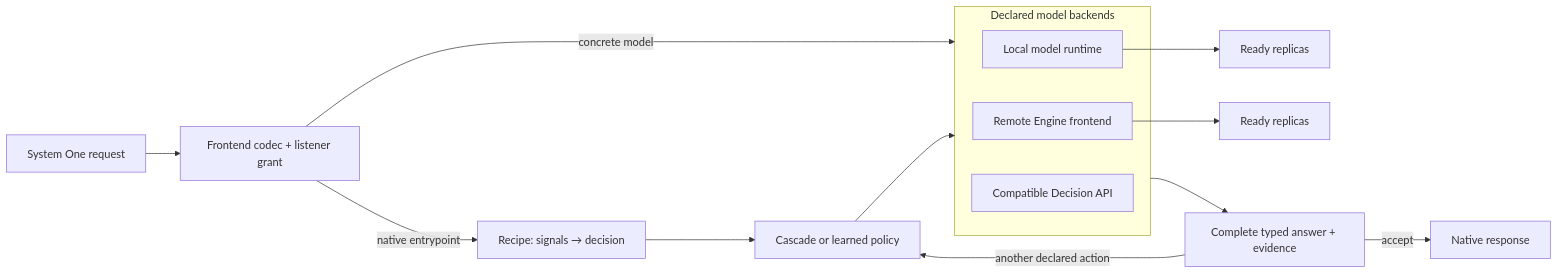
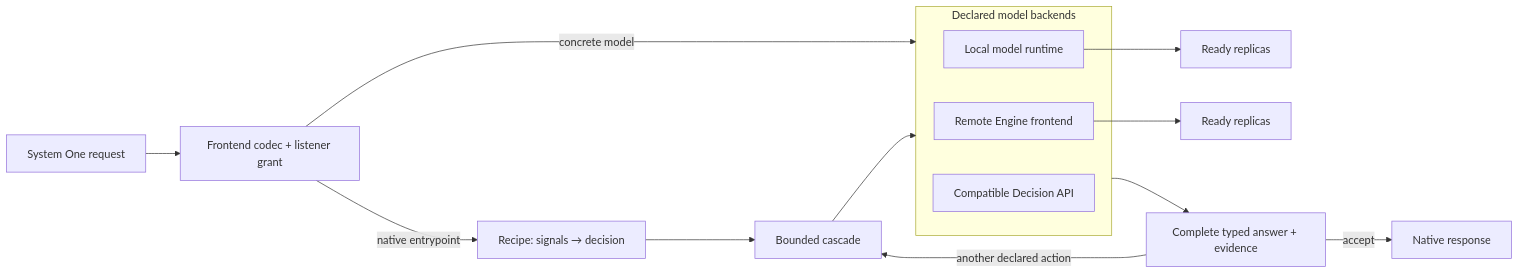
Before and after one commit to vllm-project/semantic-router: the diagram in website/docs/overview/component-architecture.md, drawn with Mermaid. The commit also changed other lines of this file and 98 other files, not shown here.

````diff
--- a/website/docs/overview/component-architecture.md
+++ b/website/docs/overview/component-architecture.md
@@ -126,18 +128,18 @@
 ```mermaid
 flowchart LR
     Request["System One request"] --> Frontend["Frontend codec + listener grant"]
     Frontend -->|"concrete model"| Backends
     Frontend -->|"native entrypoint"| Recipe["Recipe: signals → decision"]
-    Recipe --> Algorithm["Cascade or learned policy"]
+    Recipe --> Algorithm["Bounded cascade"]
     Algorithm --> Backends
     subgraph Backends["Declared model backends"]
         Local["Local model runtime"]
         Engine["Remote Engine frontend"]
         External["Compatible Decision API"]
     end
     Local --> Replicas["Ready replicas"]
     Engine --> RemoteReplicas["Ready replicas"]
     Backends --> Evidence["Complete typed answer + evidence"]
     Evidence -->|"another declared action"| Algorithm
     Evidence -->|"accept"| Result["Native response"]
 ```
````
